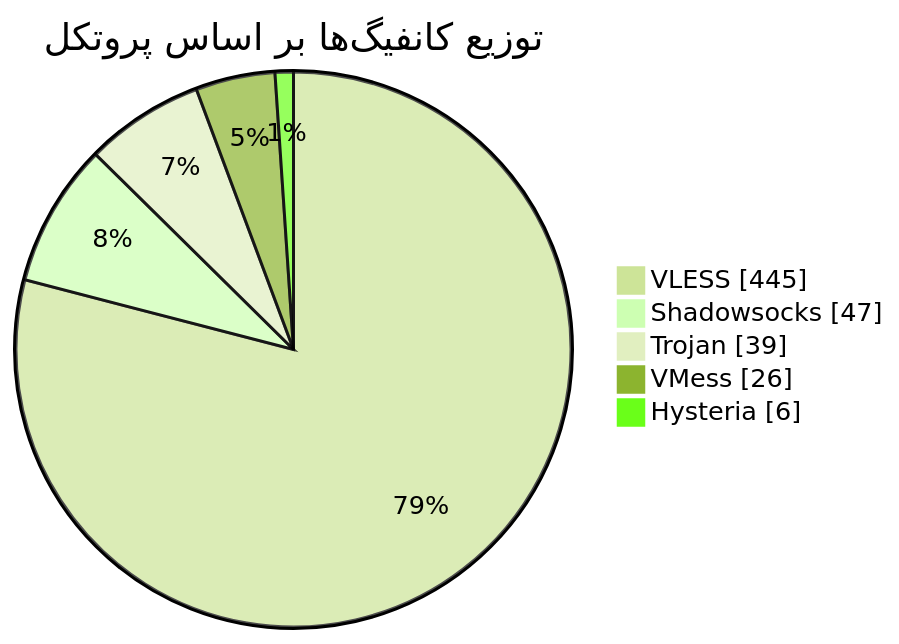
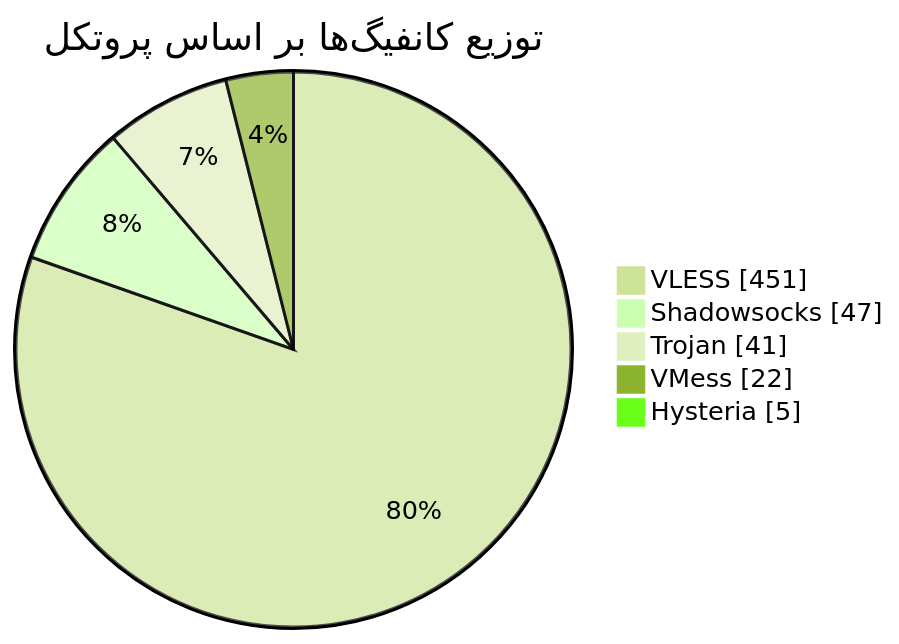
Before and after one commit to Arian-Alijani/Somthing: the diagram in README.md, drawn with Mermaid (forest theme). The commit also changed other lines of this file and 91 other files, not shown here.

````diff
--- a/README.md
+++ b/README.md
@@ -47,9 +47,9 @@
 ```mermaid
 pie showData
     title توزیع کانفیگ‌ها بر اساس پروتکل
-    "VLESS" : 445
+    "VLESS" : 451
     "Shadowsocks" : 47
-    "Trojan" : 39
-    "VMess" : 26
-    "Hysteria" : 6
+    "Trojan" : 41
+    "VMess" : 22
+    "Hysteria" : 5
 ```
````
